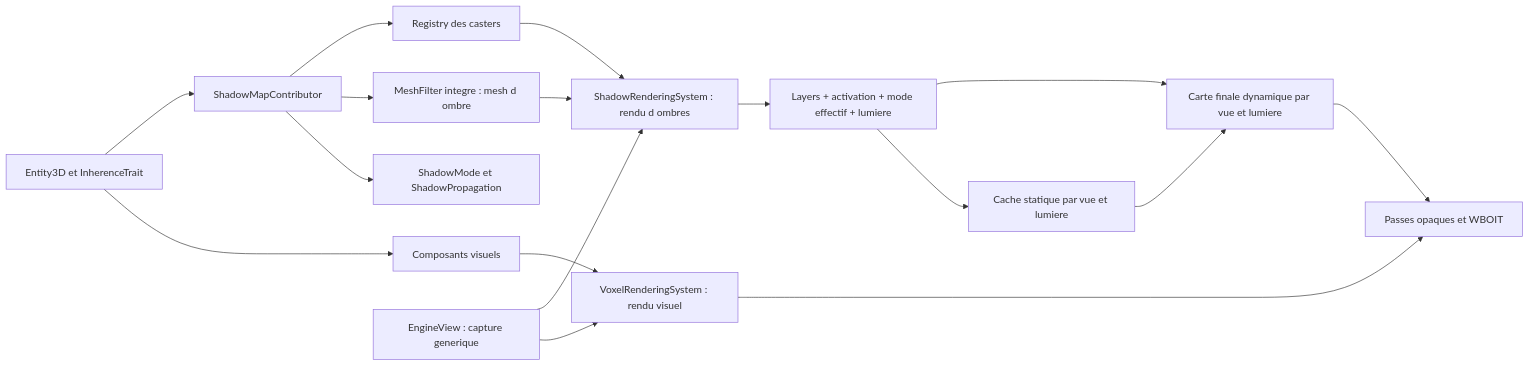
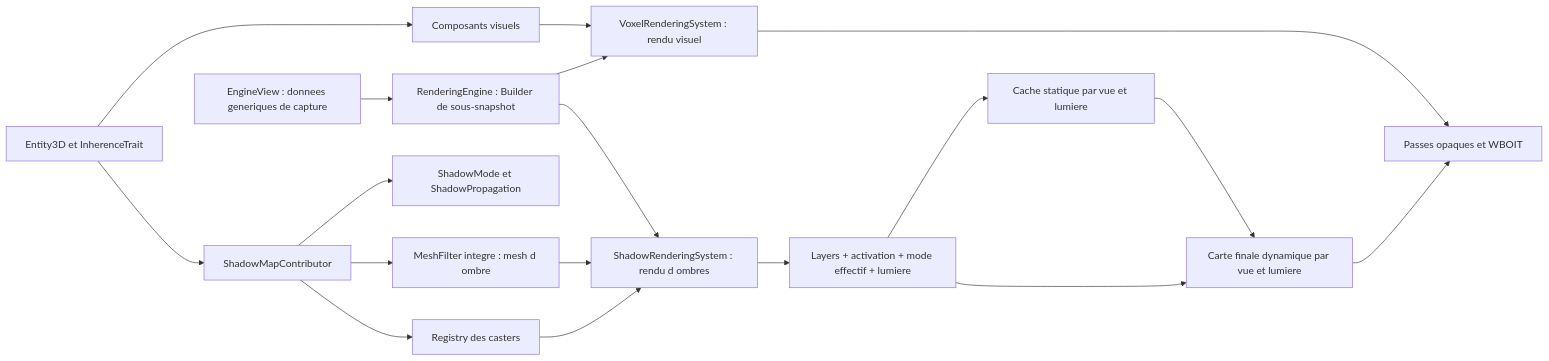
The sixth of 14 diagrams in docs/voxel-engine-v0.1.4-specification.md (EreliaStudio/Sparkle), drawn with Mermaid before and after one commit. The commit also changed other lines of this file, not shown here.

Commit message:
docs(v0.1.4): clarify generic capture interface does not depend on shadows

````diff
--- a/docs/voxel-engine-v0.1.4-specification.md
+++ b/docs/voxel-engine-v0.1.4-specification.md
@@ -596,19 +596,20 @@
 ```mermaid
 flowchart LR
   Entity["Entity3D et InherenceTrait"] --> Visual["Composants visuels"]
   Entity --> ShadowComp["ShadowMapContributor"]
   ShadowComp --> ShadowMode["ShadowMode et ShadowPropagation"]
   ShadowComp --> Filter["MeshFilter integre : mesh d ombre"]
   Visual --> VR["VoxelRenderingSystem : rendu visuel"]
   VR --> Scene["Passes opaques et WBOIT"]
   ShadowComp --> Registry["Registry des casters"]
   Registry --> SR["ShadowRenderingSystem : rendu d ombres"]
   SR --> Checks["Layers + activation + mode effectif + lumiere"]
   Filter --> SR
   Checks --> SM["Cache statique par vue et lumiere"]
   Checks --> FM["Carte finale dynamique par vue et lumiere"]
   SM --> FM
   FM --> Scene
-  View["EngineView : capture generique"] --> VR
-  View --> SR
+  View["EngineView : donnees generiques de capture"] --> Builder["RenderingEngine : Builder de sous-snapshot"]
+  Builder --> VR
+  Builder --> SR
 ```
````
